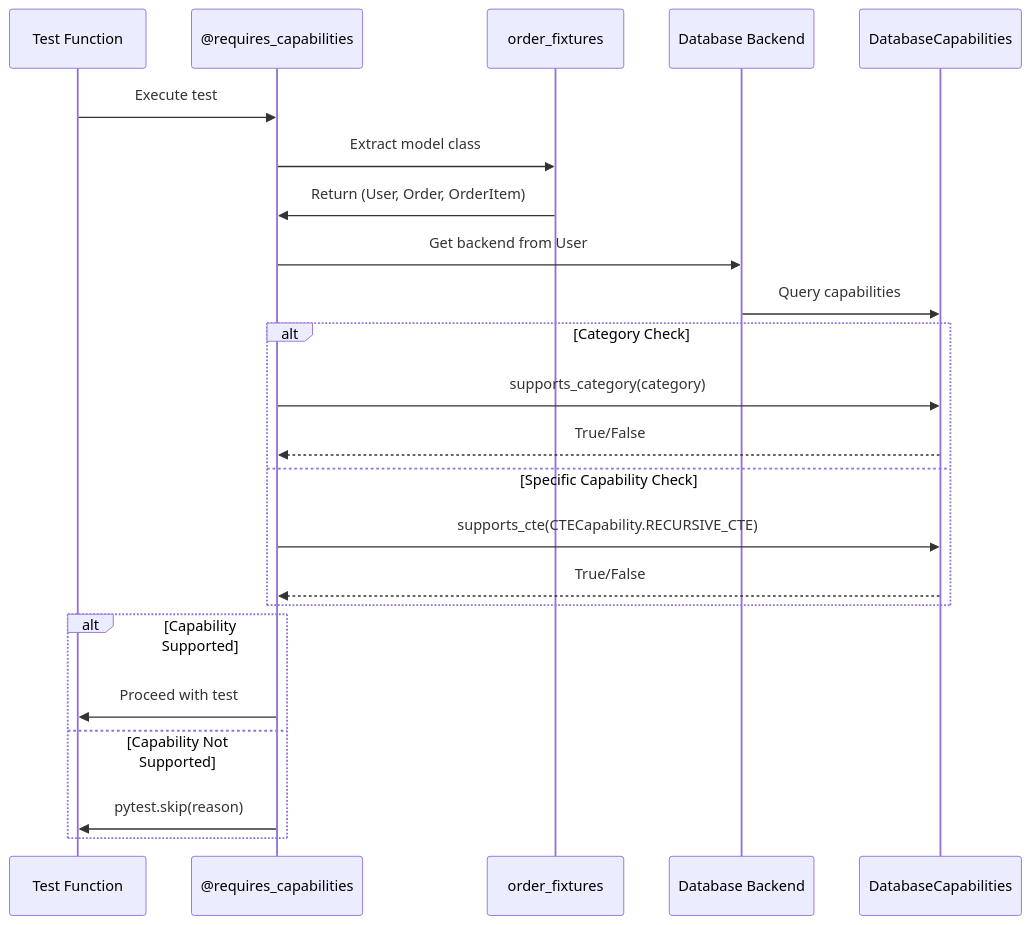
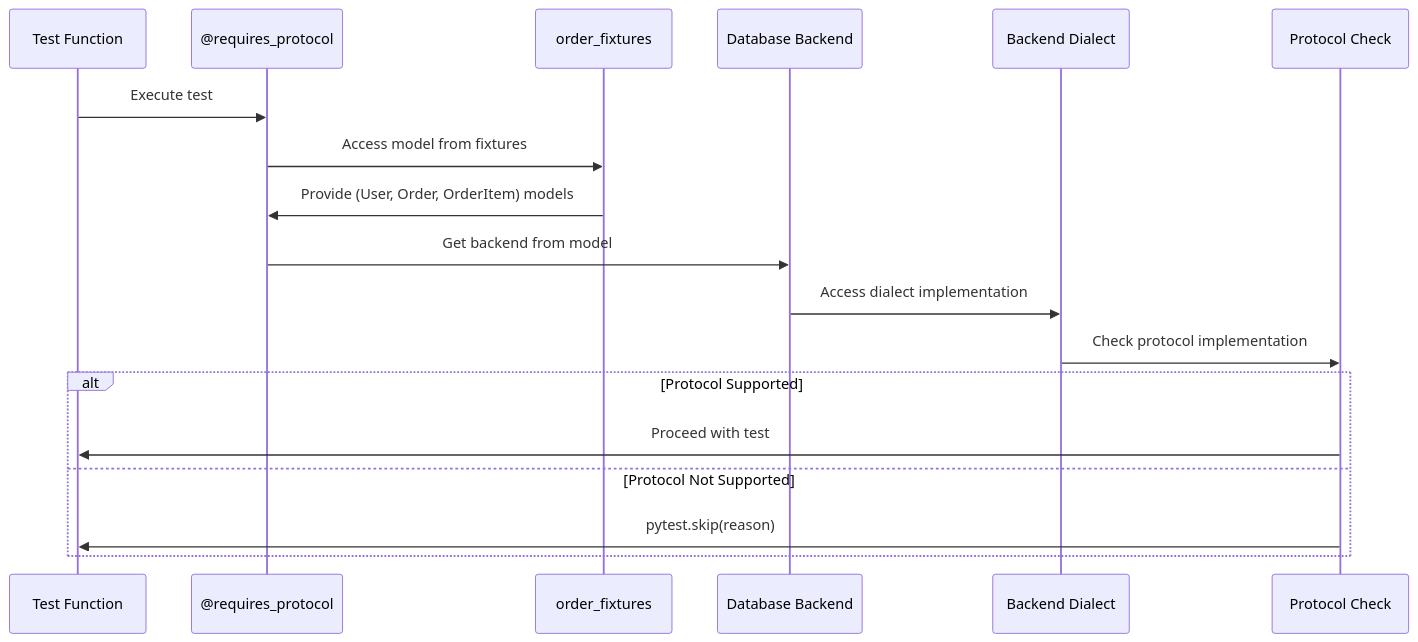
One commit to rhosocial/python-activerecord changed the third of 3 diagrams in .gemini/testing.md. Above: the diagram before and after it, drawn with Mermaid. The commit also changed other lines of this file, not shown here.

Commit message:
feat: update testing.md to reflect protocol-based system instead of legacy capability system

````diff
--- a/.gemini/testing.md
+++ b/.gemini/testing.md
@@ -359,28 +344,21 @@
 ```mermaid
 sequenceDiagram
     participant Test as Test Function
-    participant Decorator as @requires_capabilities
+    participant Decorator as @requires_protocol
     participant Fixture as order_fixtures
     participant Backend as Database Backend
-    participant Caps as DatabaseCapabilities
-    
+    participant Dialect as Backend Dialect
+    participant Protocol as Protocol Check
+
     Test->>Decorator: Execute test
-    Decorator->>Fixture: Extract model class
-    Fixture->>Decorator: Return (User, Order, OrderItem)
-    Decorator->>Backend: Get backend from User
-    Backend->>Caps: Query capabilities
-    
-    alt Category Check
-        Decorator->>Caps: supports_category(category)
-        Caps-->>Decorator: True/False
-    else Specific Capability Check
-        Decorator->>Caps: supports_cte(CTECapability.RECURSIVE_CTE)
-        Caps-->>Decorator: True/False
-    end
-    
-    alt Capability Supported
-        Decorator->>Test: Proceed with test
-    else Capability Not Supported
-        Decorator->>Test: pytest.skip(reason)
+    Decorator->>Fixture: Access model from fixtures
+    Fixture->>Decorator: Provide (User, Order, OrderItem) models
+    Decorator->>Backend: Get backend from model
+    Backend->>Dialect: Access dialect implementation
+    Dialect->>Protocol: Check protocol implementation
+    alt Protocol Supported
+        Protocol->>Test: Proceed with test
+    else Protocol Not Supported
+        Protocol->>Test: pytest.skip(reason)
     end
 ```
````
